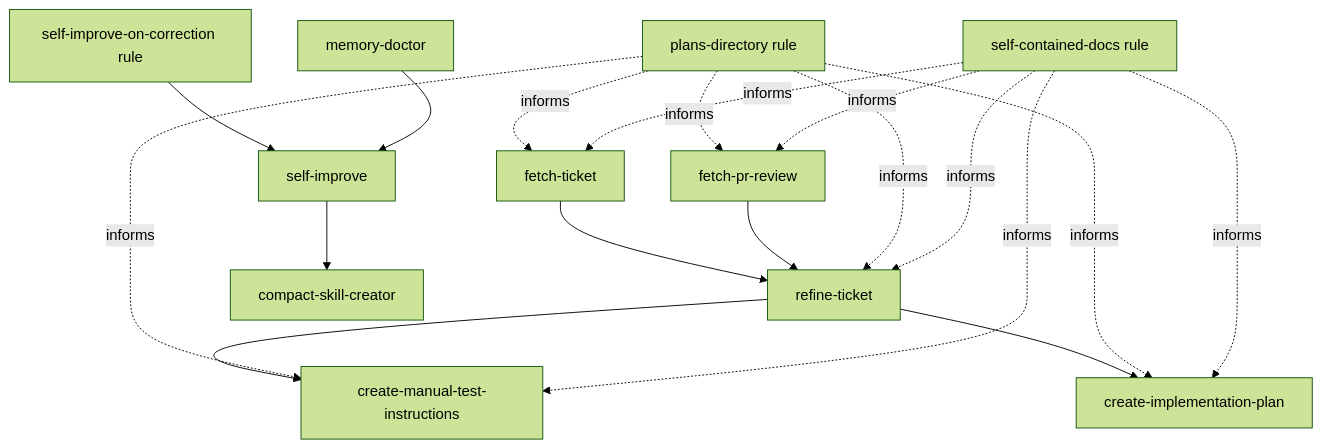
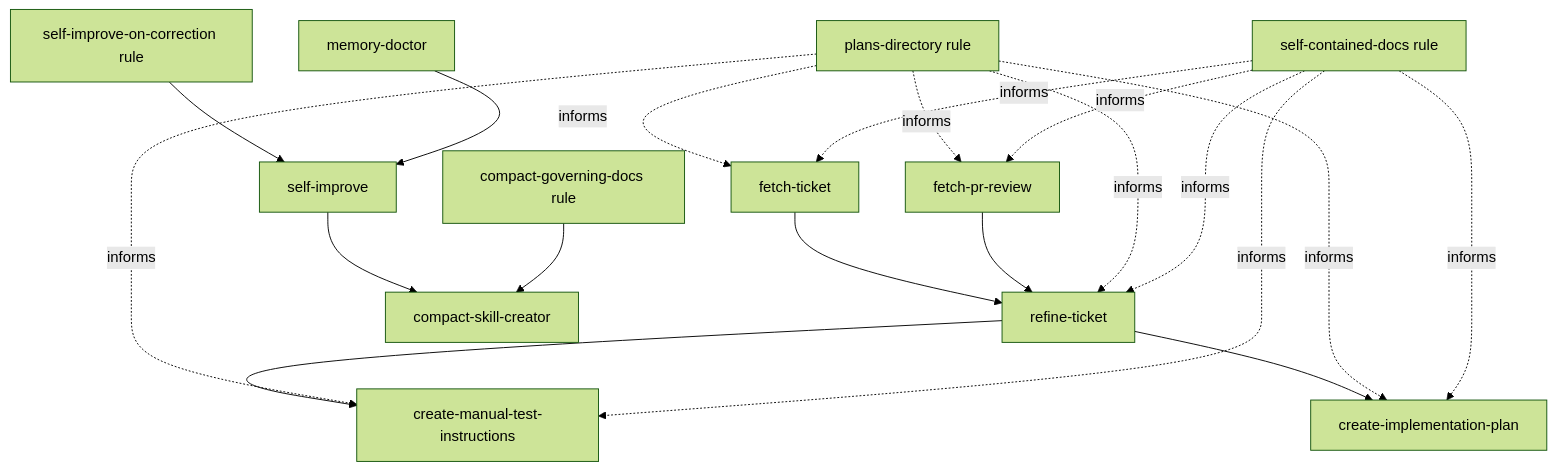
One commit to sudlud/agent-toolkit changed the diagram in README.md. Above: the diagram before and after it, drawn with Mermaid (forest theme). The commit also changed other lines of this file and 2 other files, not shown here.

Commit message:
feat: compact-governing-docs rule + misc improvements

````diff
--- a/README.md
+++ b/README.md
@@ -107,23 +106,24 @@
 ```mermaid
 flowchart TD
   fetch_ticket["fetch-ticket"] --> refine["refine-ticket"]
   fetch_pr["fetch-pr-review"] --> refine
   refine --> manual["create-manual-test-instructions"]
   refine --> plan["create-implementation-plan"]
 
   self_rule["self-improve-on-correction rule"] --> self["self-improve"]
   self --> compact["compact-skill-creator"]
   memory_doctor["memory-doctor"] --> self
+  compact_gov["compact-governing-docs rule"] --> compact
 
   plans_rule["plans-directory rule"] -. informs .-> fetch_ticket
   plans_rule -. informs .-> fetch_pr
   plans_rule -. informs .-> refine
   plans_rule -. informs .-> manual
   plans_rule -. informs .-> plan
 
   docs_rule["self-contained-docs rule"] -. informs .-> fetch_ticket
   docs_rule -. informs .-> fetch_pr
   docs_rule -. informs .-> refine
   docs_rule -. informs .-> manual
   docs_rule -. informs .-> plan
 ```
````
